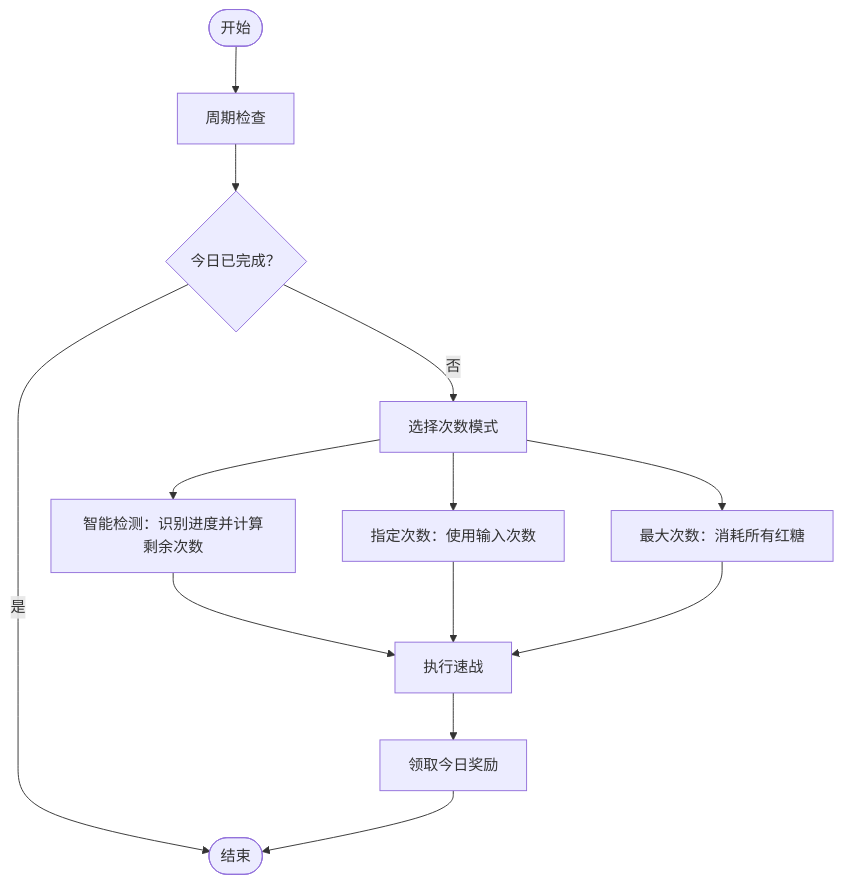
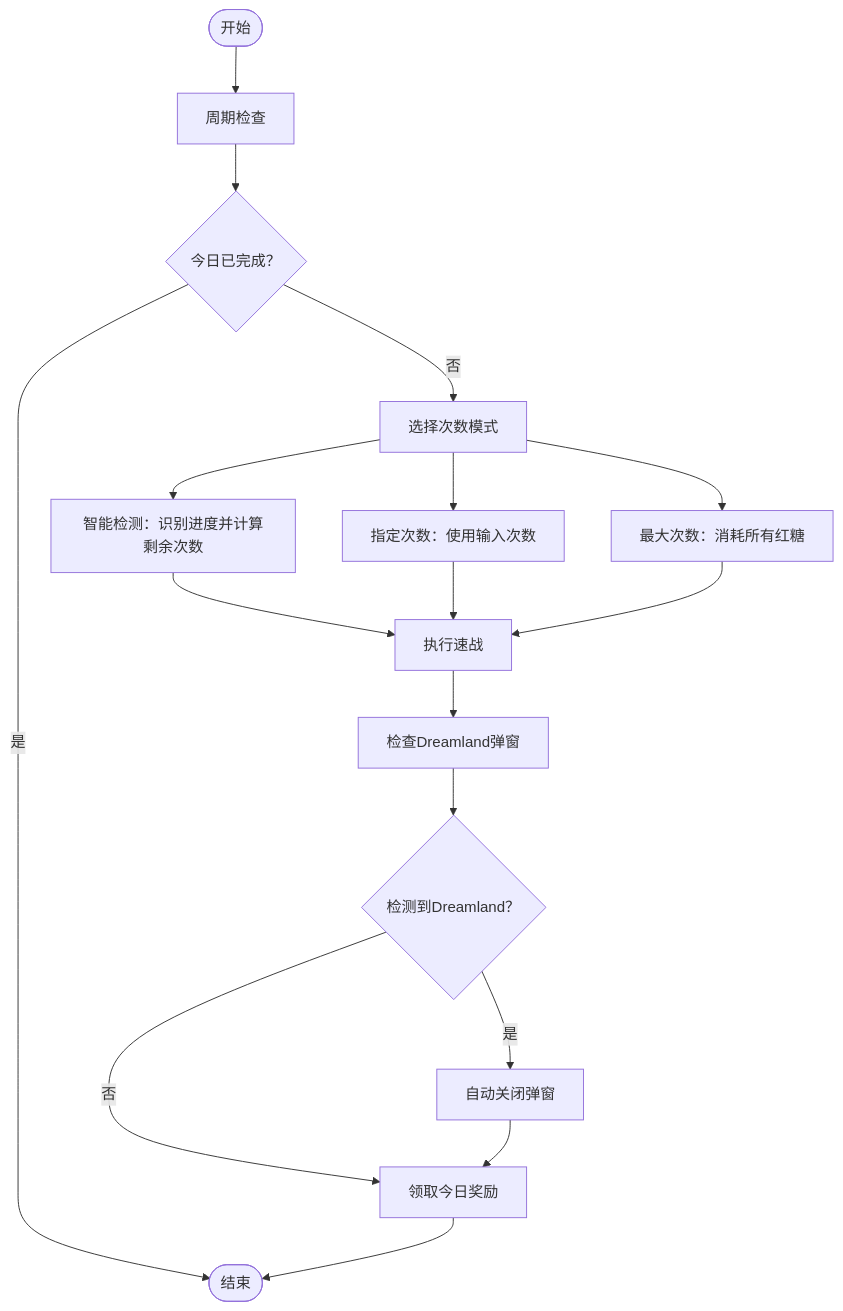
Before and after one commit to kqcoxn/MaaDuDuL: the fourth of 10 diagrams in .qoder/repowiki/zh/content/每日活动作战.md, drawn with Mermaid. The commit also changed other lines of this file and 4 other files, not shown here.

````diff
--- a/.qoder/repowiki/zh/content/每日活动作战.md
+++ b/.qoder/repowiki/zh/content/每日活动作战.md
@@ -159,15 +171,19 @@
 ```mermaid
 flowchart TD
 Start(["开始"]) --> CycleCheck["周期检查"]
 CycleCheck --> IsDone{"今日已完成？"}
 IsDone --> |是| End(["结束"])
 IsDone --> |否| ModeSelect["选择次数模式"]
 ModeSelect --> Smart["智能检测：识别进度并计算剩余次数"]
 ModeSelect --> Fixed["指定次数：使用输入次数"]
 ModeSelect --> Max["最大次数：消耗所有红糖"]
 Smart --> Run["执行速战"]
 Fixed --> Run
 Max --> Run
-Run --> Reward["领取今日奖励"]
+Run --> DreamlandCheck["检查Dreamland弹窗"]
+DreamlandCheck --> CloseDreamland{"检测到Dreamland？"}
+CloseDreamland --> |是| AutoClose["自动关闭弹窗"]
+CloseDreamland --> |否| Reward["领取今日奖励"]
+AutoClose --> Reward
 Reward --> End
 ```
````
